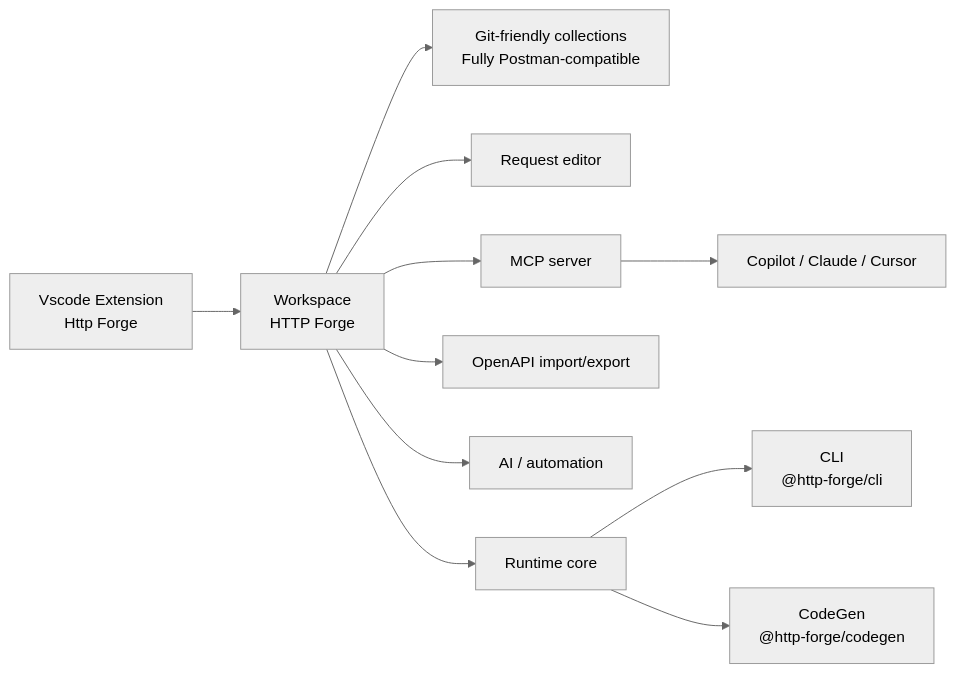
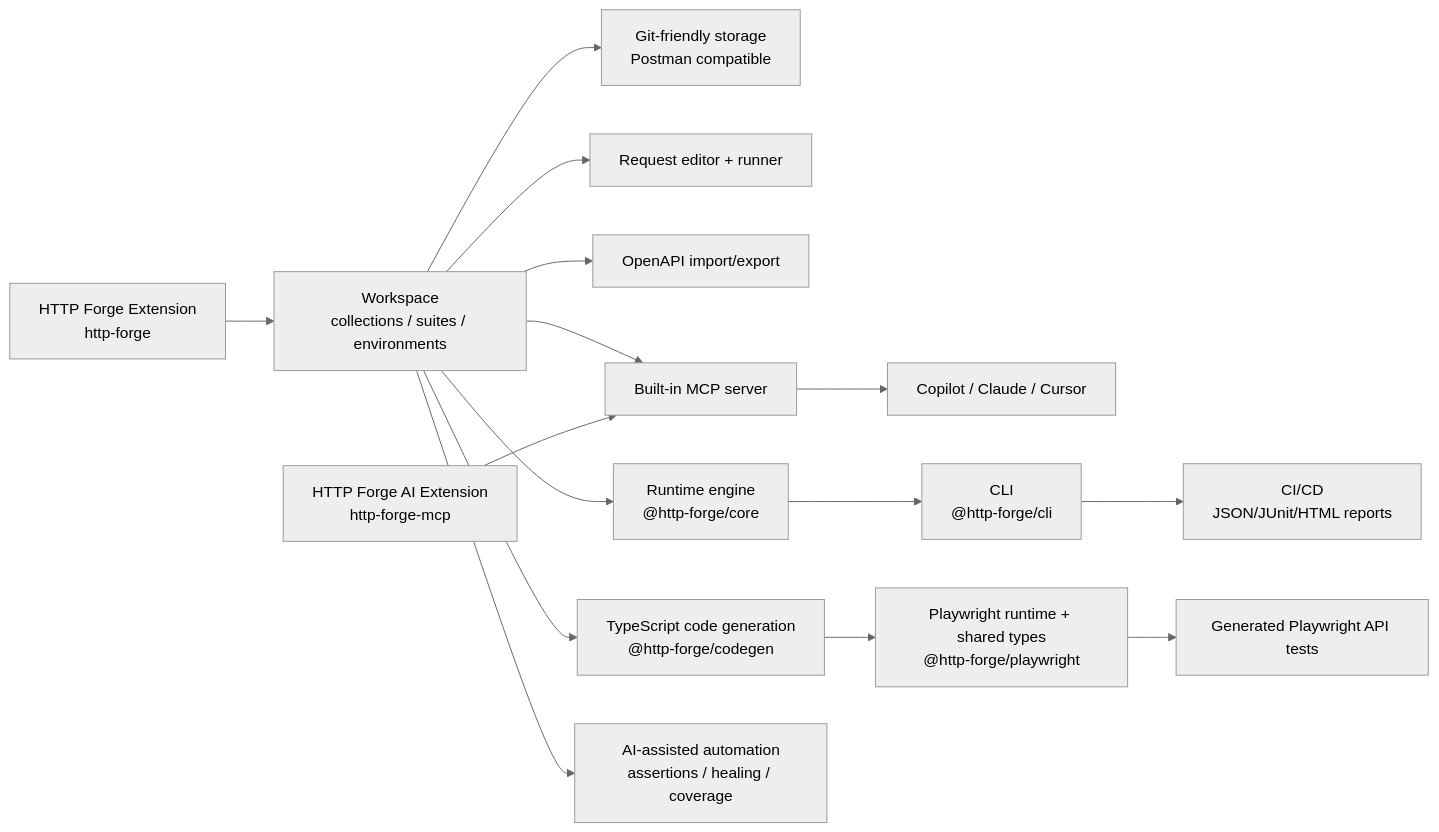
The diagram in resources/architecture.mmd (hsl1230/http-forge), drawn with Mermaid (neutral theme) before and after one commit. The commit also changed 7 other files, not shown here.

```diff
--- a/resources/architecture.mmd
+++ b/resources/architecture.mmd
@@ -1,11 +1,20 @@
 flowchart LR
-	A[Vscode Extension\nHttp Forge] --> B[Workspace\n HTTP Forge]
-	B --> C[Git-friendly collections\nFully Postman-compatible]
-	B --> D[Request editor]
-	B --> E[MCP server]
-	E --> F[Copilot / Claude / Cursor]
-	B --> G[OpenAPI import/export]
-	B --> H[AI / automation]
-	B --> I[Runtime core]
+	A["HTTP Forge Extension\nhttp-forge"] --> B["Workspace\ncollections / suites / environments"]
+
+	B --> C["Git-friendly storage\nPostman compatible"]
+	B --> D["Request editor + runner"]
+	B --> G["OpenAPI import/export"]
+
+	B --> E["Built-in MCP server"]
+	E --> F["Copilot / Claude / Cursor"]
+	M["HTTP Forge AI Extension\nhttp-forge-mcp"] --> E
+
+	B --> I["Runtime engine\n@http-forge/core"]
 	I --> J["CLI\n@http-forge/cli"]
-	I --> K["CodeGen\n@http-forge/codegen"]
+	J --> R["CI/CD\nJSON/JUnit/HTML reports"]
+
+	B --> K["TypeScript code generation\n@http-forge/codegen"]
+	K --> P["Playwright runtime + shared types\n@http-forge/playwright"]
+	P --> Q["Generated Playwright API tests"]
+
+	B --> H["AI-assisted automation\nassertions / healing / coverage"]
```
